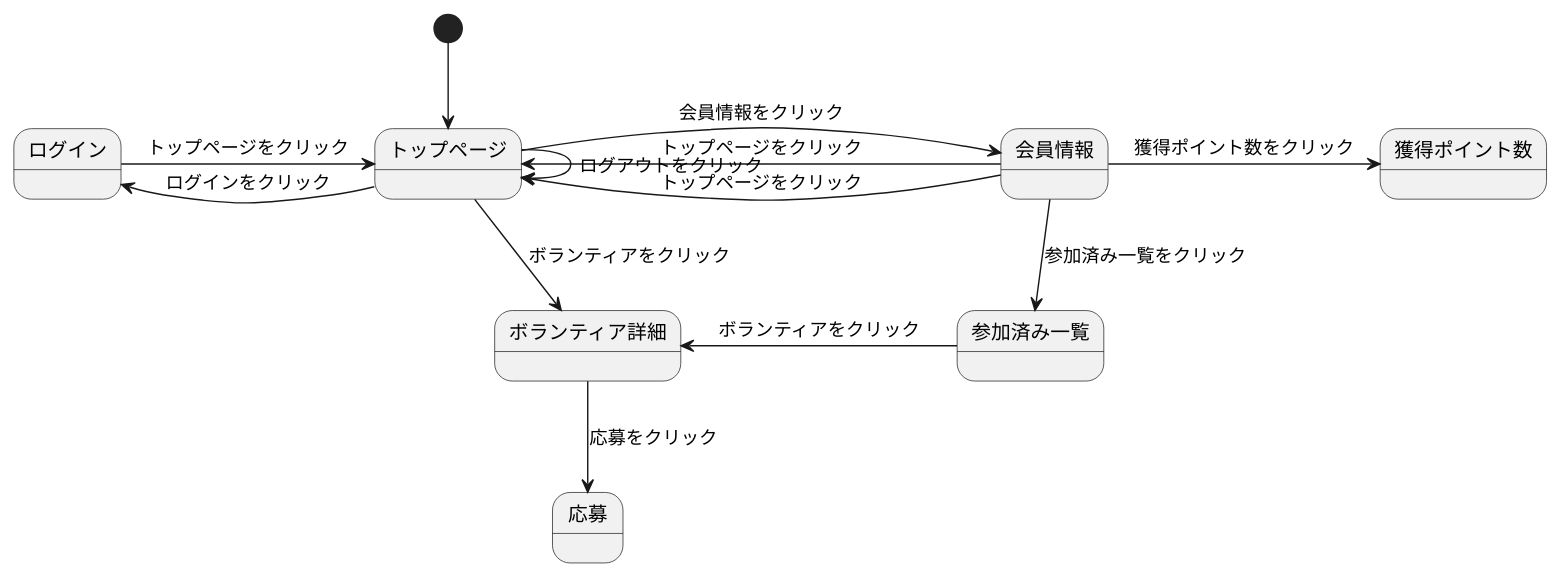
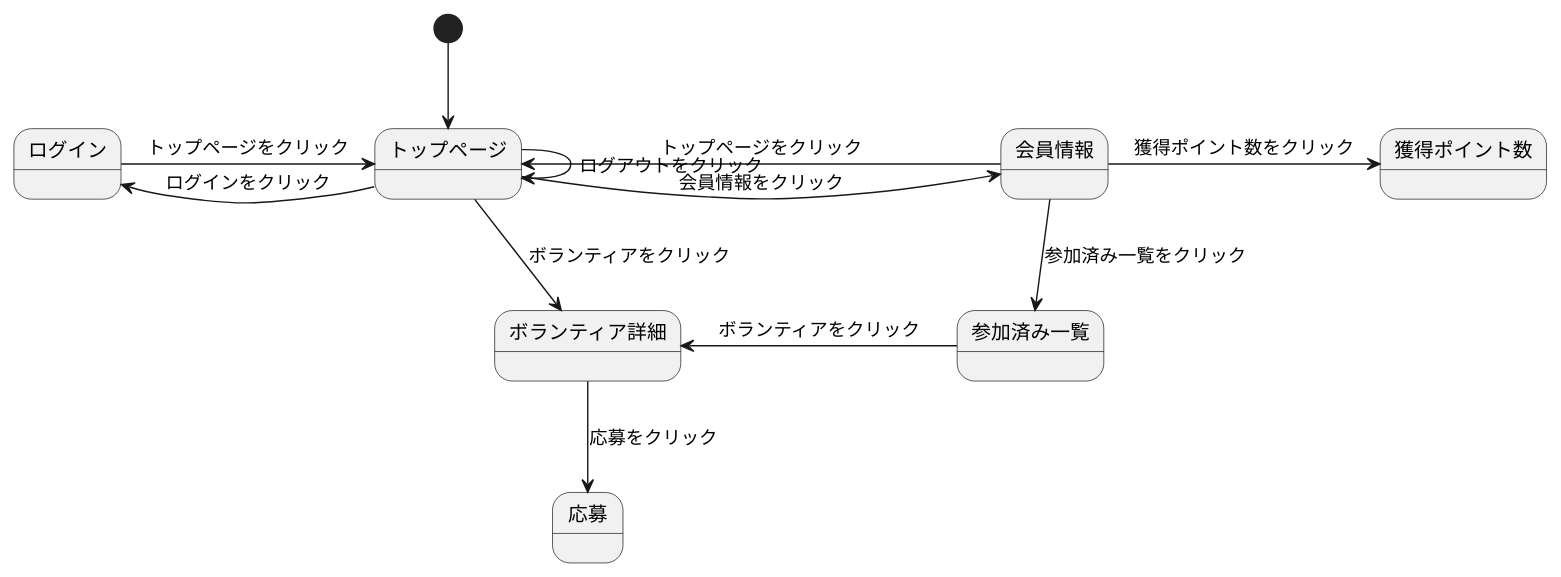
The diagram in 画面遷移図.md (Aso2001001/2022System), drawn with PlantUML before and after one commit.

````diff
--- a/画面遷移図.md
+++ b/画面遷移図.md
@@ -1,19 +1,18 @@
 ```uml
 @startuml
 [*] --> トップページ
 
 トップページ -> 会員情報 : 会員情報をクリック
 トップページ --> ボランティア詳細 : ボランティアをクリック
 トップページ -> トップページ : ログアウトをクリック
 ボランティア詳細 --> 応募 : 応募をクリック
-会員情報 -> トップページ : トップページをクリック
 トップページ -left-> ログイン : ログインをクリック
 ログイン -> トップページ : トップページをクリック
 会員情報 --> 参加済み一覧 : 参加済み一覧をクリック
 会員情報 -> トップページ : トップページをクリック
 参加済み一覧 -left-> ボランティア詳細 : ボランティアをクリック
 
 会員情報 -> 獲得ポイント数 : 獲得ポイント数をクリック
 
 @enduml
 ```
````
